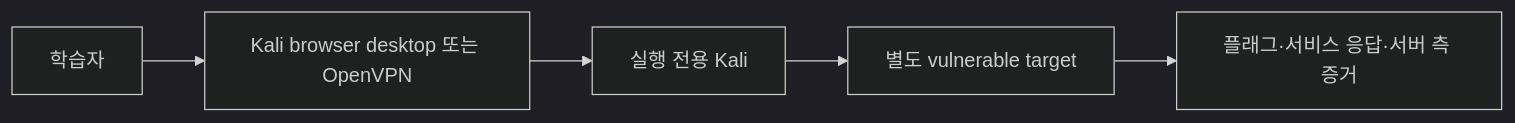
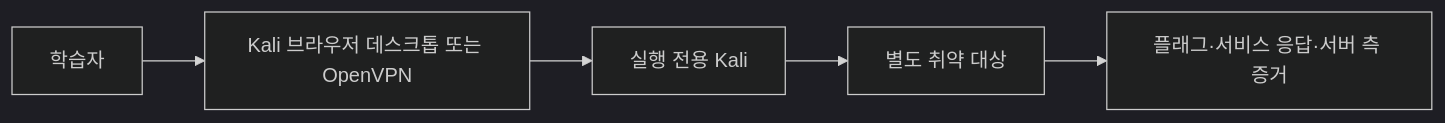
Before and after one commit to ijuns/zerotop: the third of 3 diagrams in docs/architecture.md, drawn with Mermaid (dark theme). The commit also changed other lines of this file and 6 other files, not shown here.

````diff
--- a/docs/architecture.md
+++ b/docs/architecture.md
@@ -142,7 +142,7 @@
 ```mermaid
 flowchart LR
-    Learner["학습자"] --> Entry["Kali browser desktop 또는 OpenVPN"]
+    Learner["학습자"] --> Entry["Kali 브라우저 데스크톱 또는 OpenVPN"]
     Entry --> Kali["실행 전용 Kali"]
-    Kali --> Target["별도 vulnerable target"]
+    Kali --> Target["별도 취약 대상"]
     Target --> Evidence["플래그·서비스 응답·서버 측 증거"]
 ```
````
